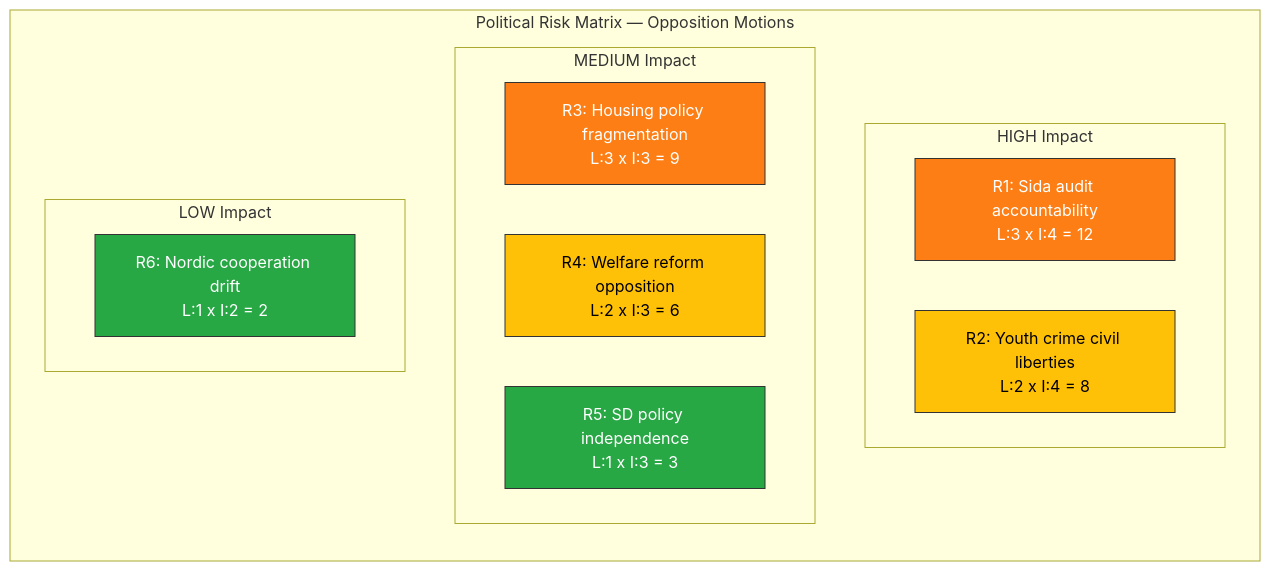
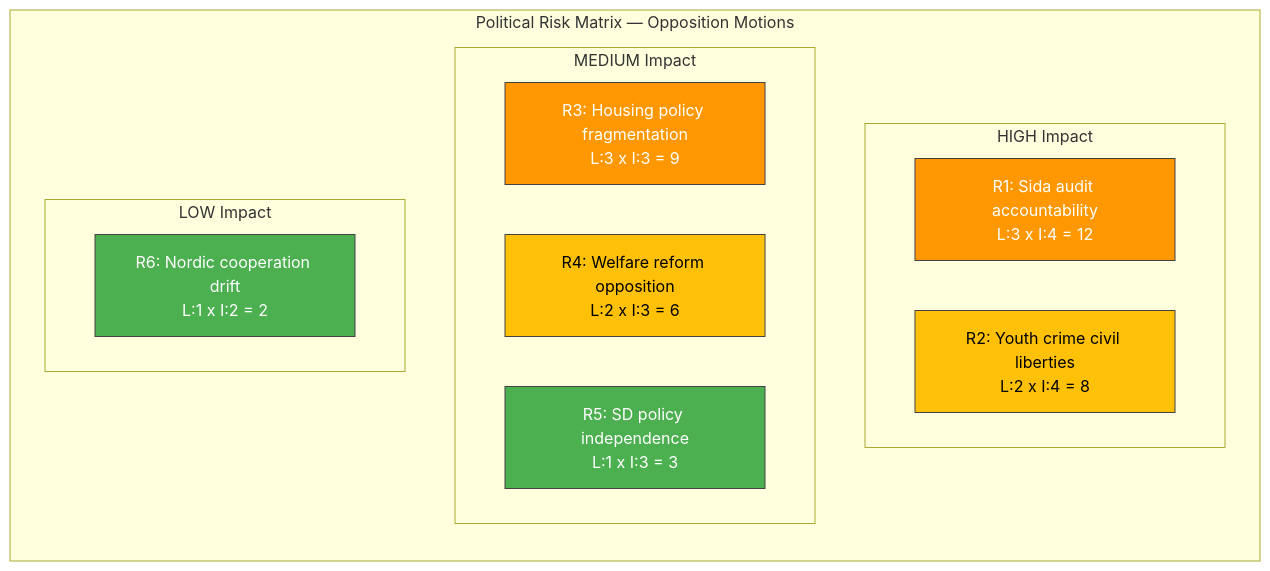
The diagram in analysis/daily/2026-04-10/motions/risk-assessment.md (Hack23/riksdagsmonitor), drawn with Mermaid before and after one commit. The commit also changed 785 other files, not shown here.

First line of the commit message:
Normalize mermaid colors across 786 analysis artifacts to ISMS Style Guide palette

````diff
--- a/analysis/daily/2026-04-10/motions/risk-assessment.md
+++ b/analysis/daily/2026-04-10/motions/risk-assessment.md
@@ -14,24 +14,24 @@
 ```mermaid
 graph TD
     subgraph "Political Risk Matrix — Opposition Motions"
         direction TB
         subgraph "HIGH Impact"
             R1["R1: Sida audit accountability\nL:3 x I:4 = 12"]
             R2["R2: Youth crime civil liberties\nL:2 x I:4 = 8"]
         end
         subgraph "MEDIUM Impact"
             R3["R3: Housing policy fragmentation\nL:3 x I:3 = 9"]
             R4["R4: Welfare reform opposition\nL:2 x I:3 = 6"]
             R5["R5: SD policy independence\nL:1 x I:3 = 3"]
         end
         subgraph "LOW Impact"
             R6["R6: Nordic cooperation drift\nL:1 x I:2 = 2"]
         end
     end
-    style R1 fill:#fd7e14,stroke:#333,color:#fff
-    style R2 fill:#ffc107,stroke:#333,color:#000
-    style R3 fill:#fd7e14,stroke:#333,color:#fff
-    style R4 fill:#ffc107,stroke:#333,color:#000
-    style R5 fill:#28a745,stroke:#333,color:#fff
-    style R6 fill:#28a745,stroke:#333,color:#fff
+    style R1 fill:#FF9800,stroke:#424242,color:#FFFFFF
+    style R2 fill:#FFC107,stroke:#424242,color:#000000
+    style R3 fill:#FF9800,stroke:#424242,color:#FFFFFF
+    style R4 fill:#FFC107,stroke:#424242,color:#000000
+    style R5 fill:#4CAF50,stroke:#424242,color:#FFFFFF
+    style R6 fill:#4CAF50,stroke:#424242,color:#FFFFFF
 ```
````
